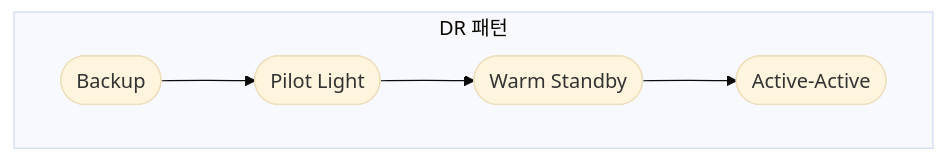
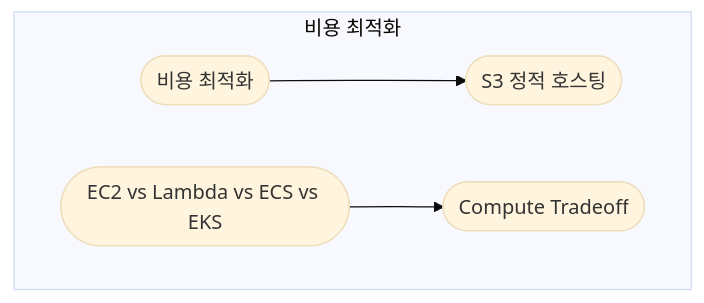
One commit to gwonmin/QuizNox_front changed the fourth of 4 diagrams in public/handbook/saa/overview.md. Above: the diagram before and after it, drawn with Mermaid (base theme). The commit also changed other lines of this file and 125 other files, not shown here.

````diff
--- a/public/handbook/saa/overview.md
+++ b/public/handbook/saa/overview.md
@@ -66,10 +139,11 @@
 ```mermaid
 flowchart TB
-  subgraph dr [DR 패턴]
-    BK([Backup])
-    PL([Pilot Light])
-    WS([Warm Standby])
-    AA([Active-Active])
+  subgraph cost [비용 최적화]
+    CO([비용 최적화])
+    S3([S3 정적 호스팅])
+    EC([EC2 vs Lambda vs ECS vs EKS])
+    TR([Compute Tradeoff])
   end
-  BK --> PL --> WS --> AA
+  CO --> S3
+  EC --> TR
 ```
````
